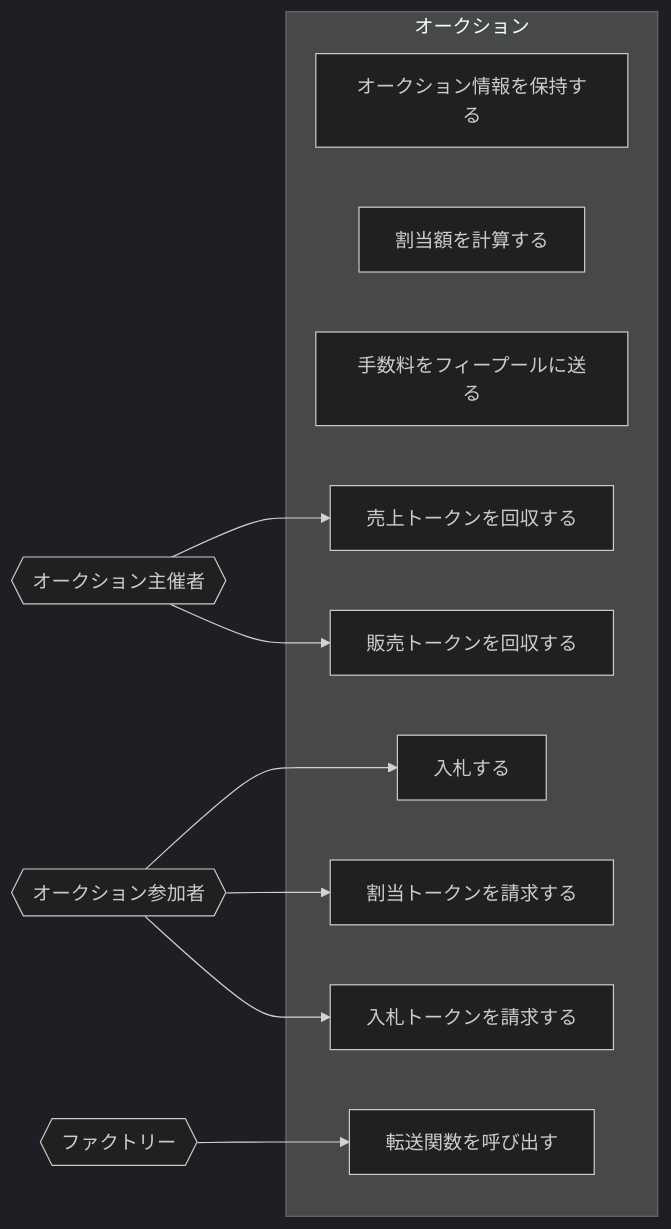
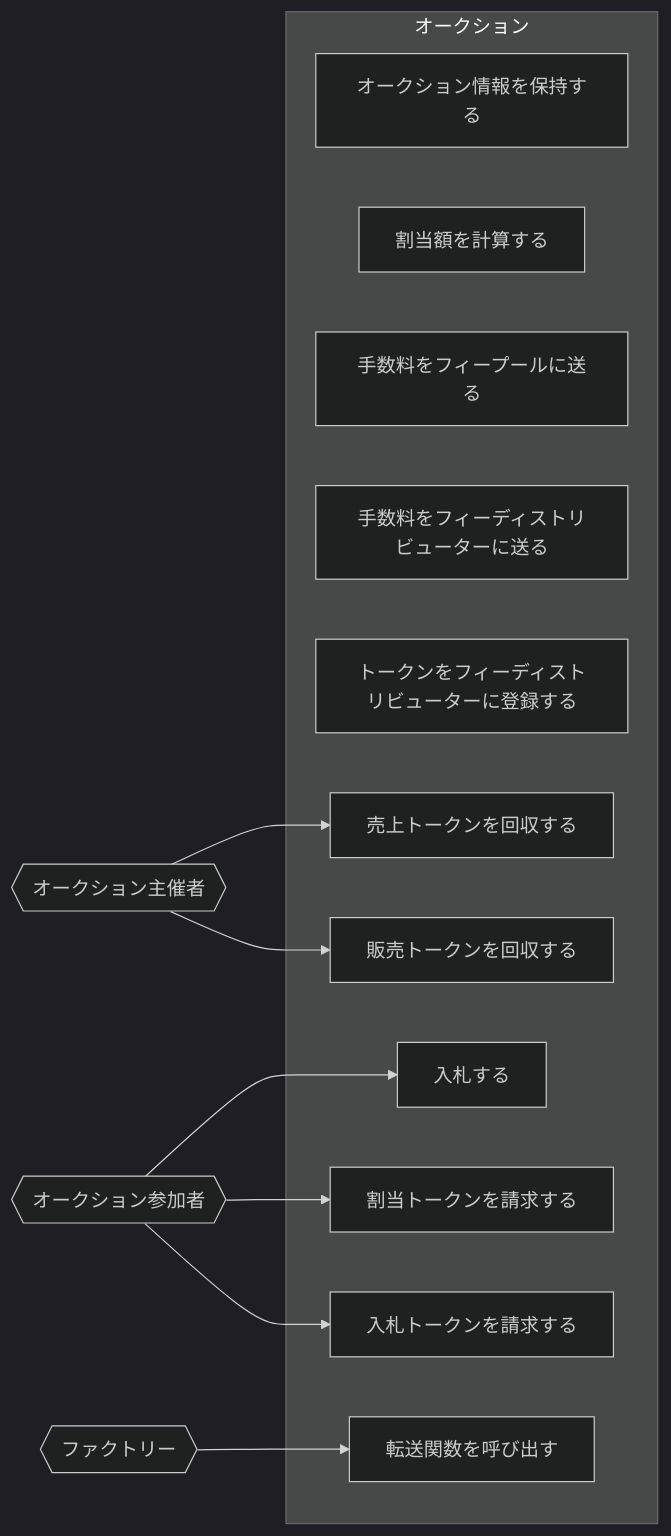
The diagram in doc/ja/Template/usecase.md (DeFiGeek-Community/yamawake), drawn with Mermaid (dark theme) before and after one commit. The commit also changed other lines of this file and 2 other files, not shown here.

Commit message:
Updated docs for FeeDistributor, Template and VotingEscrow

````diff
--- a/doc/ja/Template/usecase.md
+++ b/doc/ja/Template/usecase.md
@@ -19,31 +22,35 @@
 ```mermaid
 graph LR
     sow{{オークション主催者}}
     spa{{オークション参加者}}
     f{{ファクトリー}}
 
     S1[オークション情報を保持する]
     S2[割当額を計算する]
     S3[手数料をフィープールに送る]
+    S4[手数料をフィーディストリビューターに送る]
+    S5[トークンをフィーディストリビューターに登録する]
 
     sow-->SOW1[売上トークンを回収する]
     sow-->SOW2[販売トークンを回収する]
 
     spa-->SPA1[入札する]
     spa-->SPA2[割当トークンを請求する]
     spa-->SPA3[入札トークンを請求する]
 
     f-->F1[転送関数を呼び出す]
 
     subgraph オークション
         S1
         S2
         S3
+        S4
+        S5
         SOW1
         SOW2
         SPA1
         SPA2
         SPA3
         F1
     end
 ```
````
